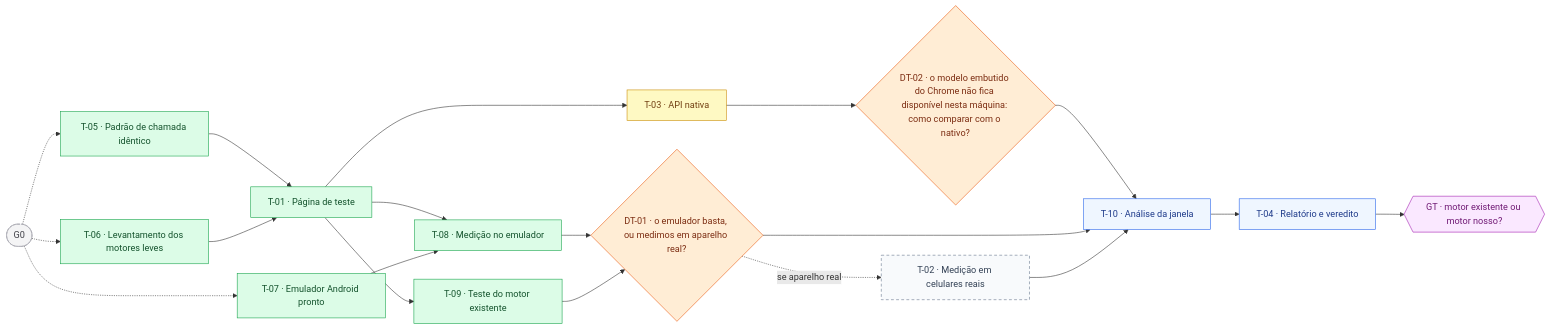
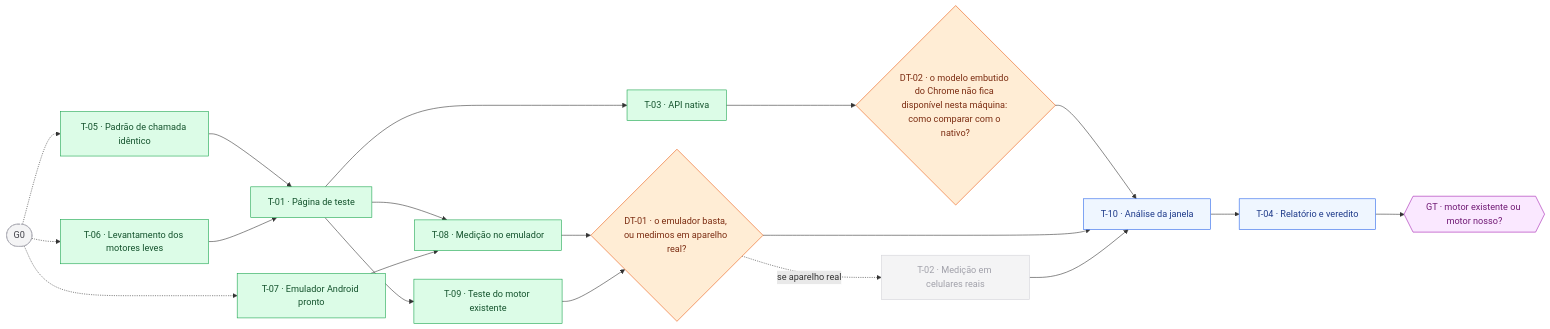
The third of 9 diagrams in ROADMAP.md (frederico-kluser/som-webcore), drawn with Mermaid before and after one commit. The commit also changed other lines of this file and 11 other files, not shown here.

First line of the commit message:
test(spike): T-03 na API nativa e as bifurcações DT-01 e DT-02 (#17)

````diff
--- a/ROADMAP.md
+++ b/ROADMAP.md
@@ -330,43 +330,43 @@
 ```mermaid
 flowchart LR
     G0(["G0"]):::ext
     T05["T-05 · Padrão de chamada idêntico"]:::done
     T06["T-06 · Levantamento dos motores leves"]:::done
     T07["T-07 · Emulador Android pronto"]:::done
     T01["T-01 · Página de teste"]:::done
     T08["T-08 · Medição no emulador"]:::done
     T09["T-09 · Teste do motor existente"]:::done
-    T03["T-03 · API nativa"]:::doing
+    T03["T-03 · API nativa"]:::done
     DT01{"DT-01 · o emulador basta, ou medimos em aparelho real?"}:::fork
     DT02{"DT-02 · o modelo embutido do Chrome não fica disponível nesta máquina: como comparar com o nativo?"}:::fork
-    T02["T-02 · Medição em celulares reais"]:::opt
+    T02["T-02 · Medição em celulares reais"]:::off
     T10["T-10 · Análise da janela"]:::todo
     T04["T-04 · Relatório e veredito"]:::todo
     GT{{"GT · motor existente ou motor nosso?"}}:::gate
     G0 -.-> T05
     G0 -.-> T06
     G0 -.-> T07
     T05 --> T01
     T06 --> T01
     T01 --> T08
     T07 --> T08
     T01 --> T09
     T01 --> T03
     T08 --> DT01
     T09 --> DT01
     T03 --> DT02
     DT01 -.->|"se aparelho real"| T02
     DT02 --> T10
     DT01 --> T10
     T02 --> T10
     T10 --> T04
     T04 --> GT
     classDef done fill:#dcfce7,stroke:#16a34a,color:#14532d;
     classDef doing fill:#fef9c3,stroke:#ca8a04,color:#713f12;
     classDef todo fill:#eff6ff,stroke:#2563eb,color:#1e3a8a;
     classDef gate fill:#fae8ff,stroke:#a21caf,color:#701a75;
     classDef fork fill:#ffedd5,stroke:#ea580c,color:#7c2d12;
     classDef opt fill:#f8fafc,stroke:#64748b,color:#334155,stroke-dasharray: 5 4;
     classDef off fill:#f4f4f5,stroke:#d4d4d8,color:#a1a1aa;
     classDef ext fill:#f4f4f5,stroke:#a1a1aa,color:#3f3f46,stroke-dasharray: 4 3;
 ```
````
